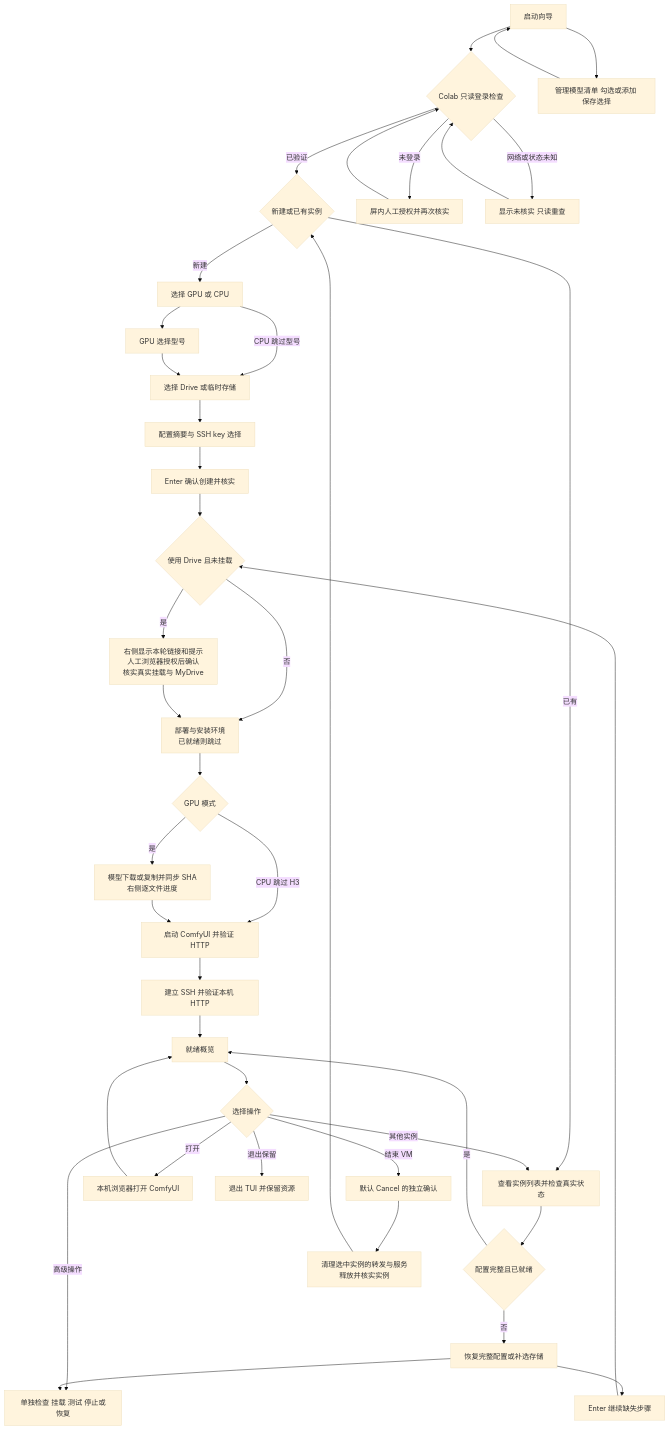
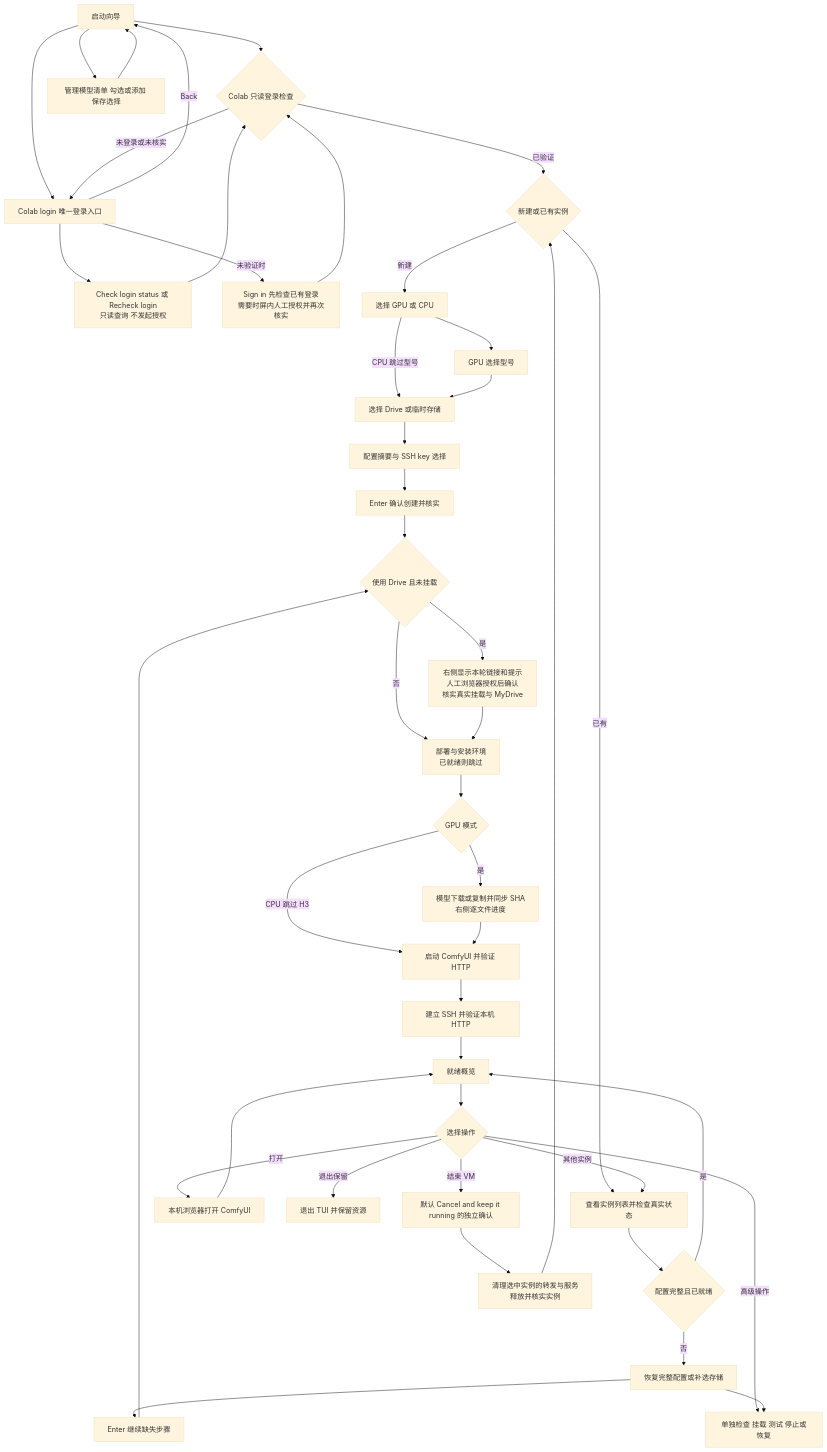
The diagram in docs/startup-wizard.md (ledoesnt/colab-comfyui-launcher), drawn with Mermaid (base theme) before and after one commit. The commit also changed other lines of this file and 8 other files, not shown here.

````diff
--- a/docs/startup-wizard.md
+++ b/docs/startup-wizard.md
@@ -5,43 +5,46 @@
 ```mermaid
 flowchart TD
     A[启动向导] --> AUTH{Colab 只读登录检查}
     AUTH -->|已验证| B{新建或已有实例}
-    AUTH -->|未登录| LOGIN[屏内人工授权并再次核实]
+    A --> ACCOUNT[Colab login 唯一登录入口]
+    AUTH -->|未登录或未核实| ACCOUNT
+    ACCOUNT --> CHECK[Check login status 或 Recheck login<br/>只读查询 不发起授权]
+    CHECK --> AUTH
+    ACCOUNT -->|未验证时| LOGIN[Sign in 先检查已有登录<br/>需要时屏内人工授权并再次核实]
     LOGIN --> AUTH
-    AUTH -->|网络或状态未知| RETRY[显示未核实 只读重查]
-    RETRY --> AUTH
+    ACCOUNT -->|Back| A
     A --> MODEL[管理模型清单 勾选或添加 保存选择]
     MODEL --> A
     B -->|新建| C[选择 GPU 或 CPU]
     C --> D[GPU 选择型号]
     C -->|CPU 跳过型号| E[选择 Drive 或临时存储]
     D --> E
     E --> F[配置摘要与 SSH key 选择]
     F --> G[Enter 确认创建并核实]
     B -->|已有| H[查看实例列表并检查真实状态]
     H --> I{配置完整且已就绪}
     I -->|是| R[就绪概览]
     I -->|否| J[恢复完整配置或补选存储]
     J --> K[Enter 继续缺失步骤]
     G --> L{使用 Drive 且未挂载}
     K --> L
     L -->|是| M[右侧显示本轮链接和提示<br/>人工浏览器授权后确认<br/>核实真实挂载与 MyDrive]
     L -->|否| N[部署与安装环境<br/>已就绪则跳过]
     M --> N
     N --> O{GPU 模式}
     O -->|是| P[模型下载或复制并同步 SHA<br/>右侧逐文件进度]
     O -->|CPU 跳过 H3| Q[启动 ComfyUI 并验证 HTTP]
     P --> Q
     Q --> S[建立 SSH 并验证本机 HTTP]
     S --> R
     R --> T{选择操作}
     T -->|打开| U[本机浏览器打开 ComfyUI]
     U --> R
     T -->|退出保留| V[退出 TUI 并保留资源]
-    T -->|结束 VM| W[默认 Cancel 的独立确认]
+    T -->|结束 VM| W[默认 Cancel and keep it running 的独立确认]
     W --> X[清理选中实例的转发与服务<br/>释放并核实实例]
     X --> B
     T -->|其他实例| H
     T -->|高级操作| Y[单独检查 挂载 测试 停止或恢复]
     J --> Y
 ```
````
